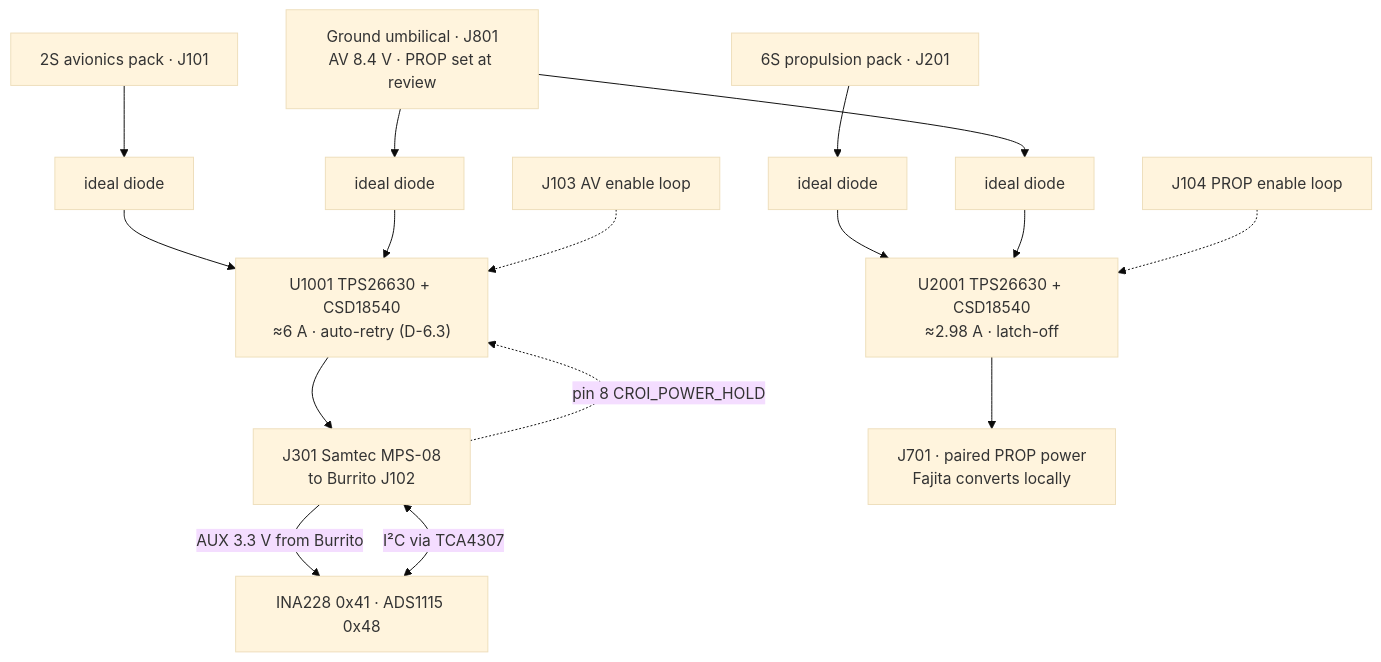
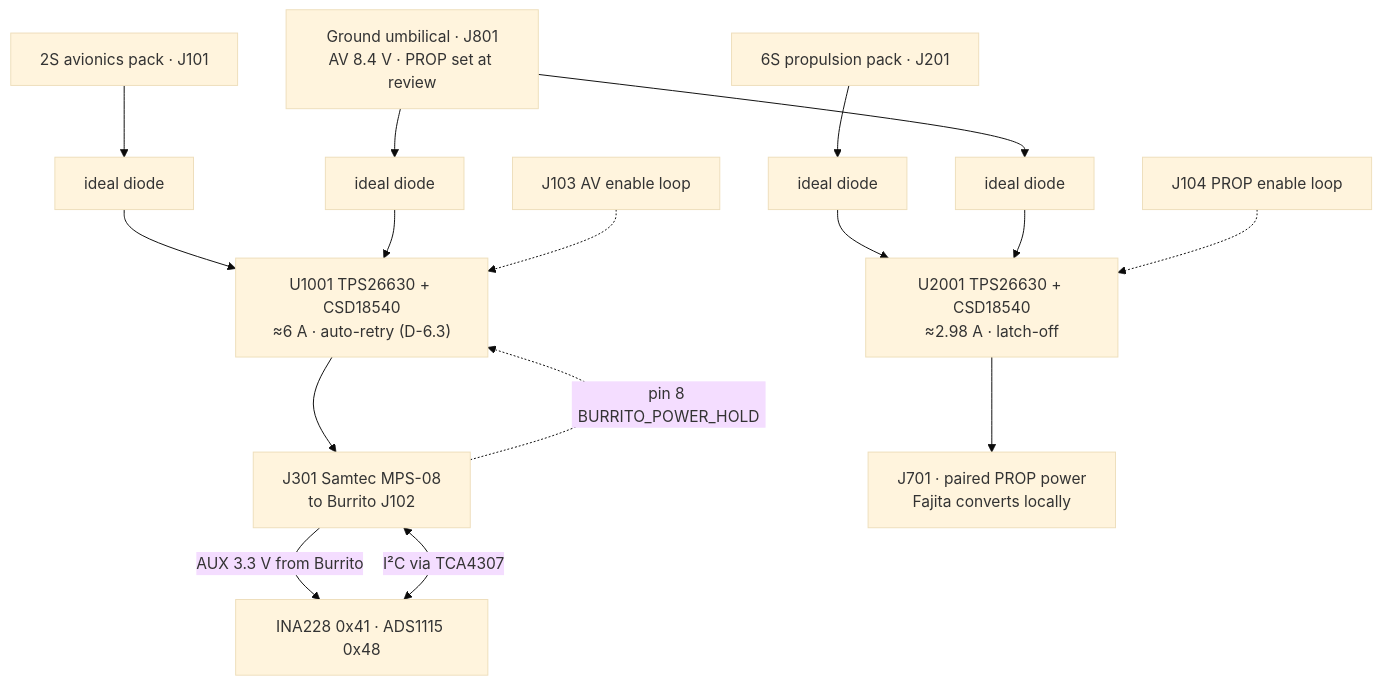
Before and after one commit to ULAS-HiPR/Ogma2: the first of 3 diagrams in docs/architecture/08-foinse-can.md, drawn with Mermaid (base theme). The commit also changed other lines of this file and 80 other files, not shown here.

````diff
--- a/docs/architecture/08-foinse-can.md
+++ b/docs/architecture/08-foinse-can.md
@@ -16,23 +16,23 @@
 ```mermaid
 flowchart TB
   AV["2S avionics pack · J101"] --> DA1["ideal diode"]
   UM["Ground umbilical · J801
 AV 8.4 V · PROP set at review"] --> DA2["ideal diode"]
   UM --> DP2["ideal diode"]
   DA1 --> AP["U1001 TPS26630 + CSD18540
 ≈6 A · auto-retry (D-6.3)"]
   DA2 --> AP
   AP --> J["J301 Samtec MPS-08
 to Burrito J102"]
   PR["6S propulsion pack · J201"] --> DP1["ideal diode"]
   DP1 --> PP["U2001 TPS26630 + CSD18540
 ≈2.98 A · latch-off"]
   DP2 --> PP
   PP --> P["J701 · paired PROP power
 Fajita converts locally"]
   J -->|"AUX 3.3 V from Burrito"| M["INA228 0x41 · ADS1115 0x48"]
   M <-->|"I²C via TCA4307"| J
-  J -.->|"pin 8 CROI_POWER_HOLD"| AP
+  J -.->|"pin 8 BURRITO_POWER_HOLD"| AP
   EAV["J103 AV enable loop"] -.-> AP
   EPR["J104 PROP enable loop"] -.-> PP
 ```
````
